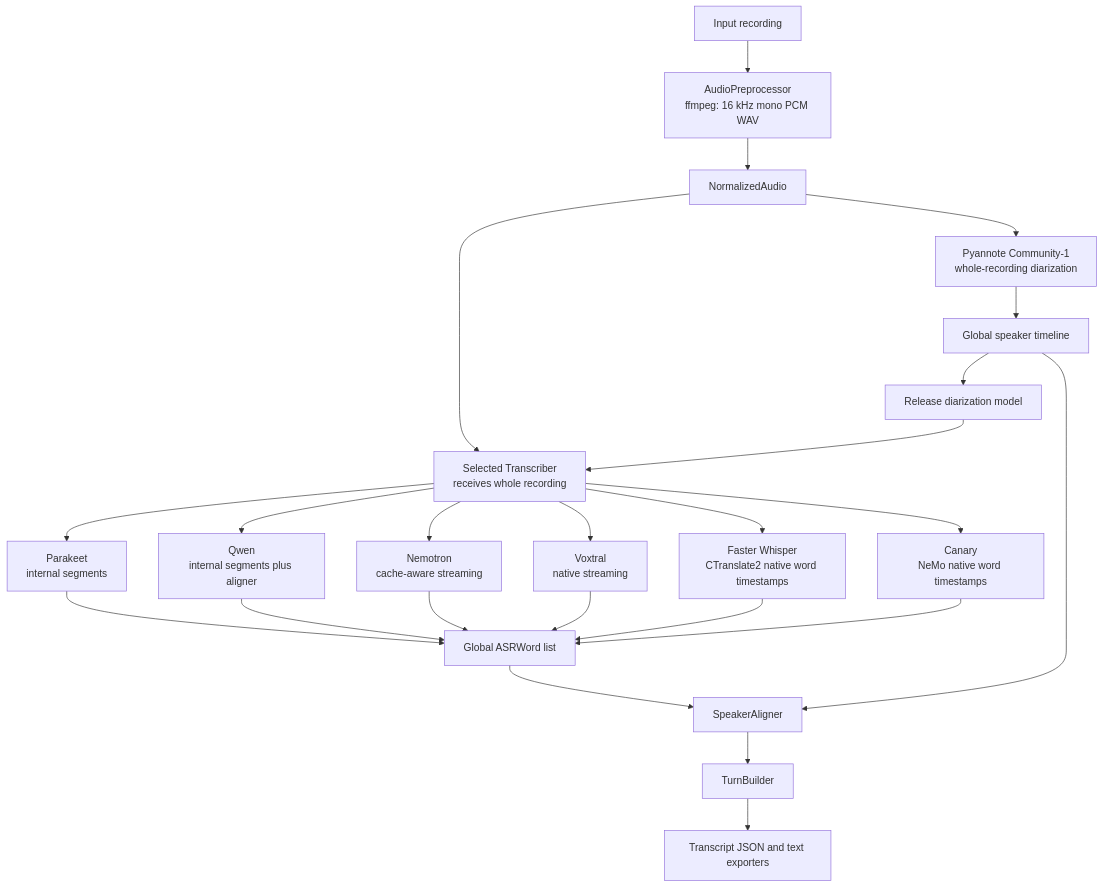
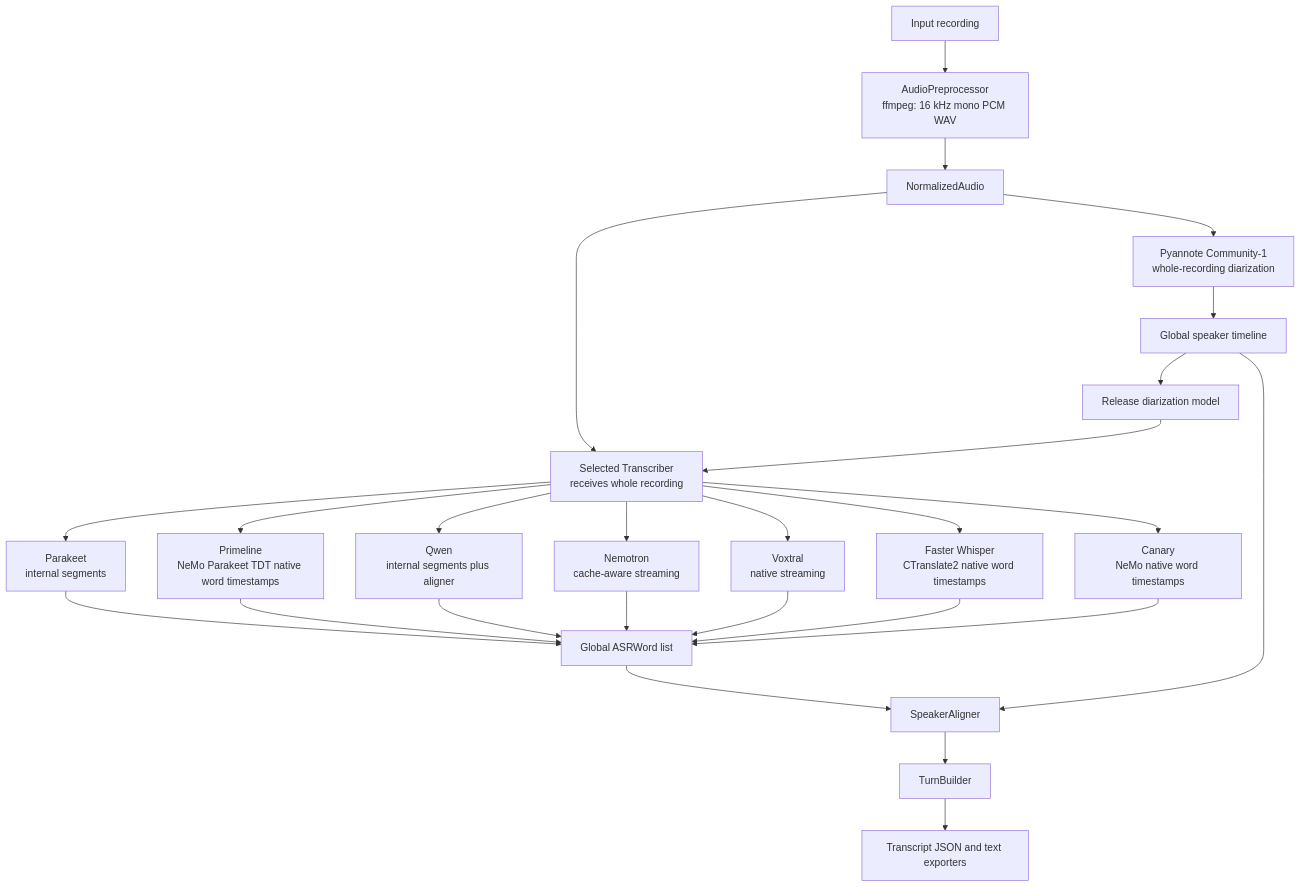
The diagram in README.md (balex42/transcription-pipeline), drawn with Mermaid before and after one commit. The commit also changed other lines of this file and 11 other files, not shown here.

````diff
--- a/README.md
+++ b/README.md
@@ -11,26 +11,28 @@
 ```mermaid
 flowchart TD
     input[Input recording] --> normalize[AudioPreprocessor\nffmpeg: 16 kHz mono PCM WAV]
     normalize --> audio[NormalizedAudio]
     audio --> diarize[Pyannote Community-1\nwhole-recording diarization]
     diarize --> timeline[Global speaker timeline]
     timeline --> release[Release diarization model]
     audio --> transcriber[Selected Transcriber\nreceives whole recording]
     release --> transcriber
     transcriber --> parakeet[Parakeet\ninternal segments]
+    transcriber --> primeline[Primeline\nNeMo Parakeet TDT native word timestamps]
     transcriber --> qwen[Qwen\ninternal segments plus aligner]
     transcriber --> nemotron[Nemotron\ncache-aware streaming]
     transcriber --> voxtral[Voxtral\nnative streaming]
     transcriber --> faster_whisper[Faster Whisper\nCTranslate2 native word timestamps]
     transcriber --> canary[Canary\nNeMo native word timestamps]
     parakeet --> words[Global ASRWord list]
+    primeline --> words
     qwen --> words
     nemotron --> words
     voxtral --> words
     faster_whisper --> words
     canary --> words
     words --> align[SpeakerAligner]
     timeline --> align
     align --> turns[TurnBuilder]
     turns --> export[Transcript JSON and text exporters]
 ```
````
